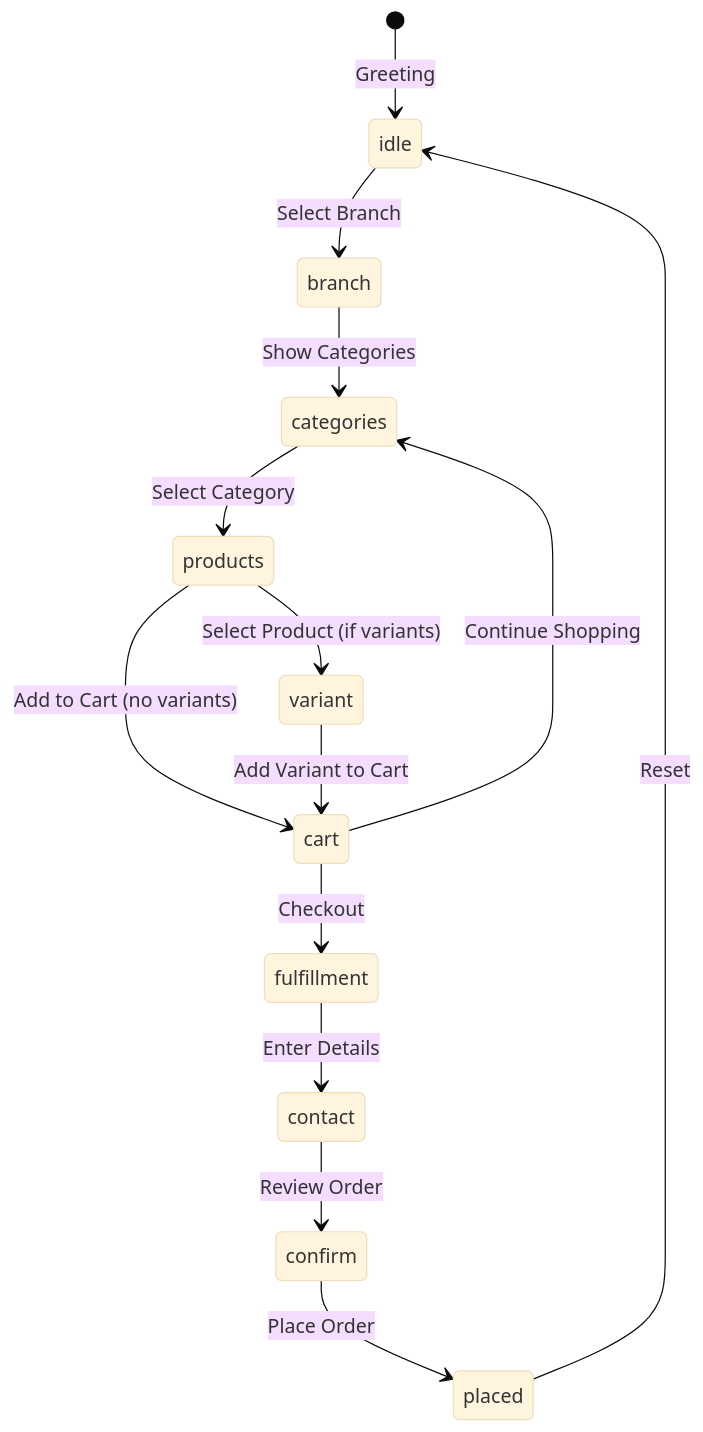
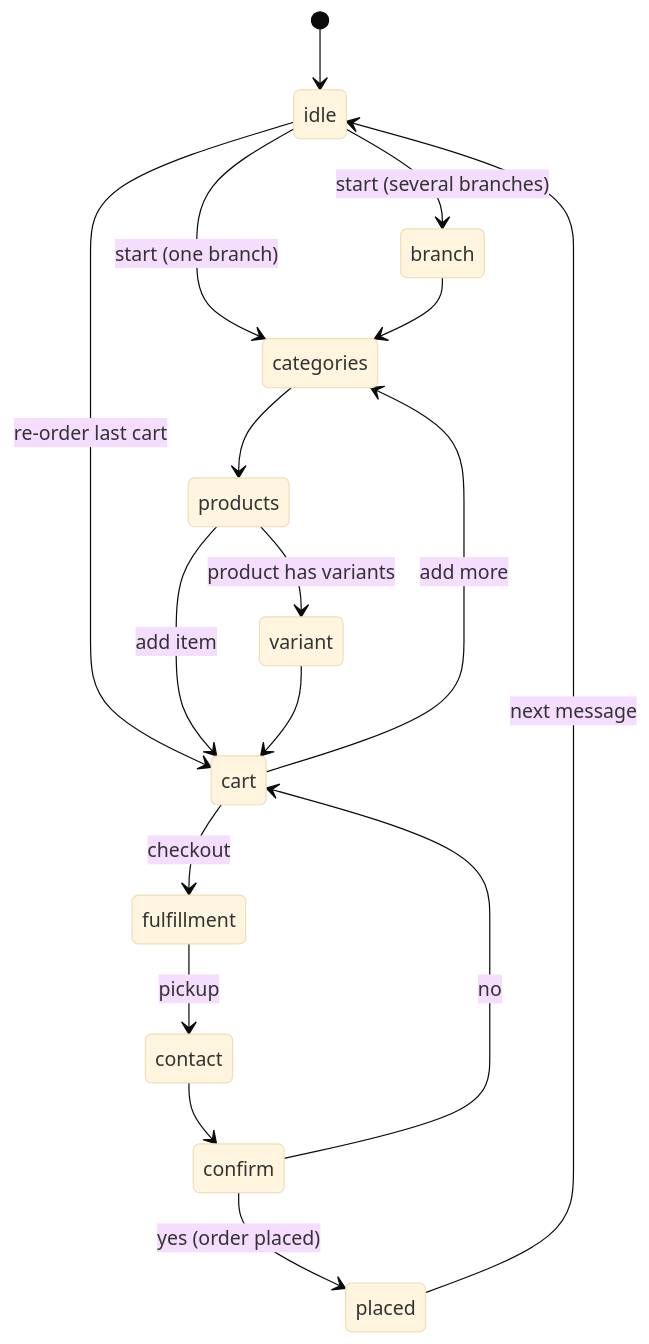
One commit to Ai-NativeLab/ServeOs changed the seventh of 8 diagrams in docs/flows/state-machines.md. Above: the diagram before and after it, drawn with Mermaid (base theme). The commit also changed other lines of this file and 1 other file, not shown here.

First line of the commit message:
docs(flows): rewrite sequence diagrams and state machines from the code

````diff
--- a/docs/flows/state-machines.md
+++ b/docs/flows/state-machines.md
@@ -225,20 +181,19 @@
 ```mermaid
 stateDiagram-v2
-    [*] --> idle: Greeting
-    idle --> branch: Select Branch
-    branch --> categories: Show Categories
-    
-    categories --> products: Select Category
-    products --> variant: Select Product (if variants)
-    products --> cart: Add to Cart (no variants)
-    variant --> cart: Add Variant to Cart
-    
-    cart --> categories: Continue Shopping
-    cart --> fulfillment: Checkout
-    
-    fulfillment --> contact: Enter Details
-    contact --> confirm: Review Order
-    confirm --> placed: Place Order
-    
-    placed --> idle: Reset
+    [*] --> idle
+    idle --> branch: start (several branches)
+    idle --> categories: start (one branch)
+    idle --> cart: re-order last cart
+    branch --> categories
+    categories --> products
+    products --> variant: product has variants
+    products --> cart: add item
+    variant --> cart
+    cart --> categories: add more
+    cart --> fulfillment: checkout
+    fulfillment --> contact: pickup
+    contact --> confirm
+    confirm --> placed: yes (order placed)
+    confirm --> cart: no
+    placed --> idle: next message
 ```
````
